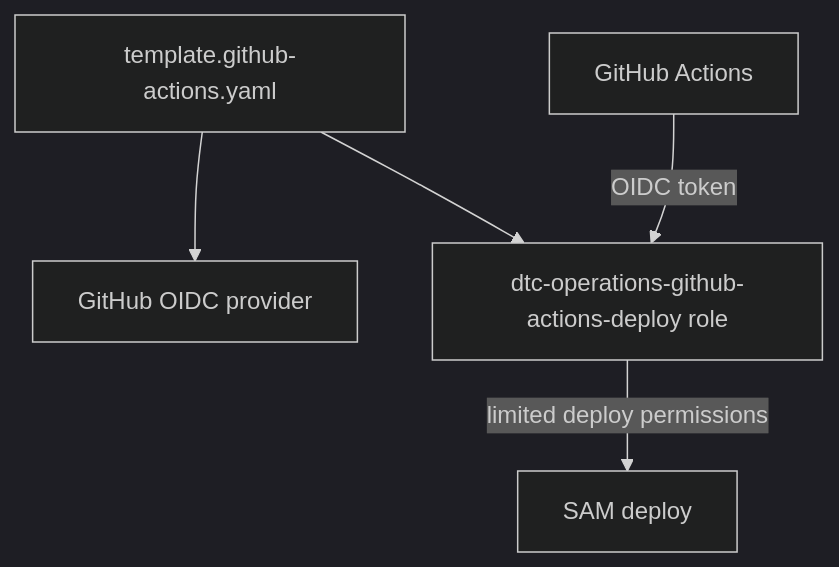
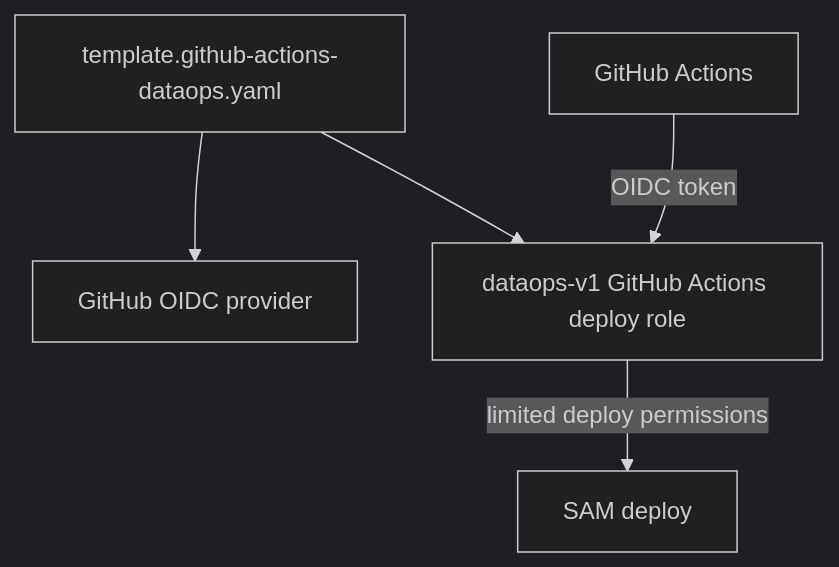
One commit to DataTalksClub/dataops changed the sixth of 6 diagrams in docs/architecture.md. Above: the diagram before and after it, drawn with Mermaid (dark theme). The commit also changed other lines of this file and 38 other files, not shown here.

````diff
--- a/docs/architecture.md
+++ b/docs/architecture.md
@@ -174,7 +174,7 @@
 ```mermaid
 flowchart TB
-  CFN[template.github-actions.yaml] --> OIDCProvider[GitHub OIDC provider]
-  CFN --> Role[dtc-operations-github-actions-deploy role]
+  CFN[template.github-actions-dataops.yaml] --> OIDCProvider[GitHub OIDC provider]
+  CFN --> Role[dataops-v1 GitHub Actions deploy role]
   GitHubActions[GitHub Actions] -->|OIDC token| Role
   Role -->|limited deploy permissions| SAM[SAM deploy]
 ```
````
